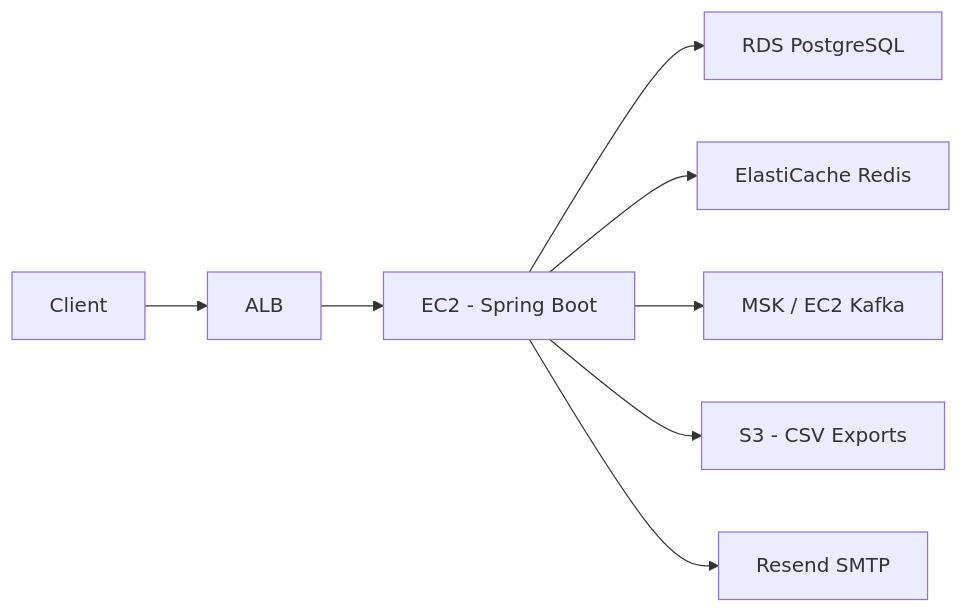
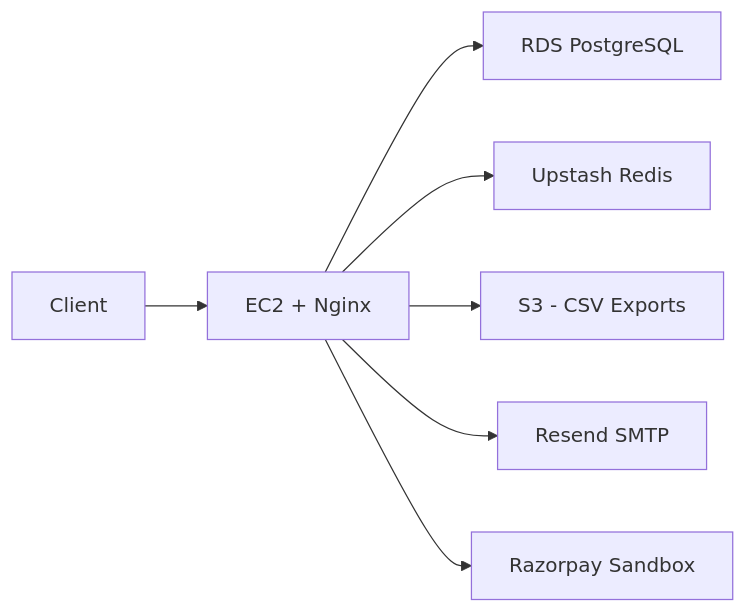
Diagram 11 of 11 in docs/PROJECT_REPORT.md (devanshjhaa/NeoBank), drawn with Mermaid before and after one commit. The commit also changed other lines of this file and 4 other files, not shown here.

First line of the commit message:
refactor: remove Kafka, use DB outbox + Upstash Redis

````diff
--- a/docs/PROJECT_REPORT.md
+++ b/docs/PROJECT_REPORT.md
@@ -722,10 +719,9 @@
 ```mermaid
 graph LR
-    CLIENT[Client] --> ALB[ALB]
-    ALB --> EC2[EC2 - Spring Boot]
+    CLIENT[Client] --> EC2[EC2 + Nginx]
     EC2 --> RDS[RDS PostgreSQL]
-    EC2 --> REDIS[ElastiCache Redis]
-    EC2 --> KAFKA[MSK / EC2 Kafka]
+    EC2 --> REDIS[Upstash Redis]
     EC2 --> S3[S3 - CSV Exports]
     EC2 --> RESEND[Resend SMTP]
+    EC2 --> RZ[Razorpay Sandbox]
 ```
````
